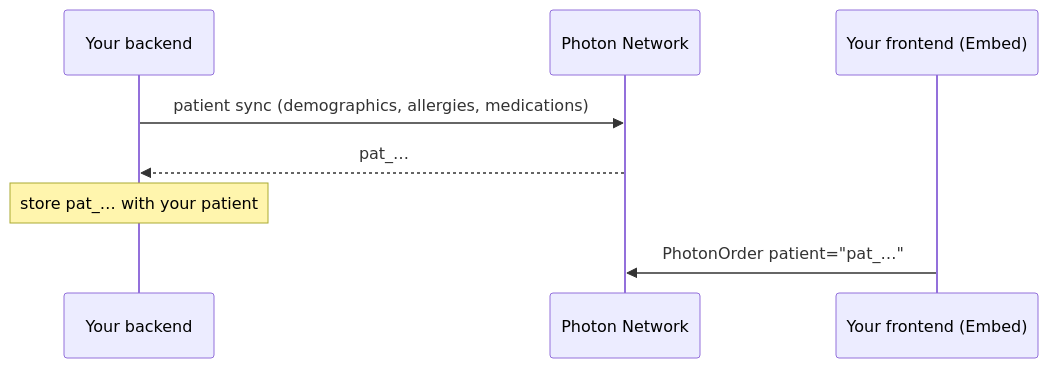
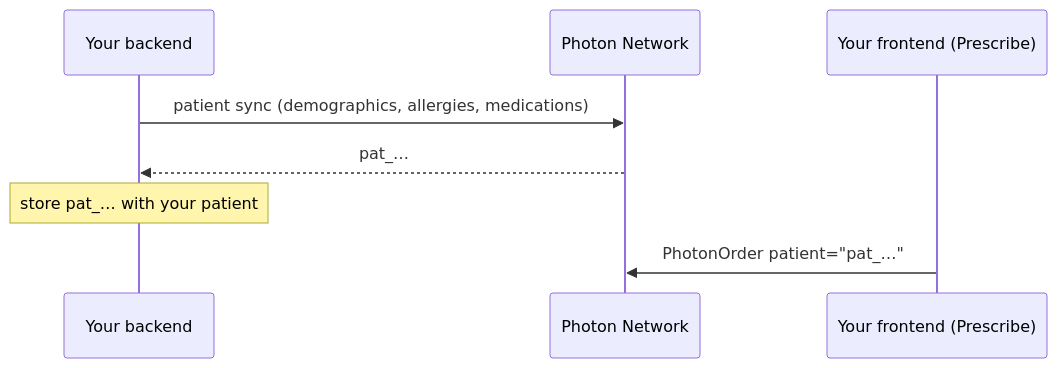
The diagram in integrations/sync-patients.mdx (Photon-Health/docs), drawn with Mermaid before and after one commit. The commit also changed other lines of this file and 26 other files, not shown here.

First line of the commit message:
Rename Embed to Prescribe and switch navigation to products (#7)

````diff
--- a/integrations/sync-patients.mdx
+++ b/integrations/sync-patients.mdx
@@ -12,10 +12,10 @@
 ```mermaid
 sequenceDiagram
   participant B as Your backend
   participant N as Photon Network
-  participant F as Your frontend (Embed)
+  participant F as Your frontend (Prescribe)
   B->>N: patient sync (demographics, allergies, medications)
   N-->>B: pat_…
   Note over B: store pat_… with your patient
   F->>N: PhotonOrder patient="pat_…"
 ```
````
